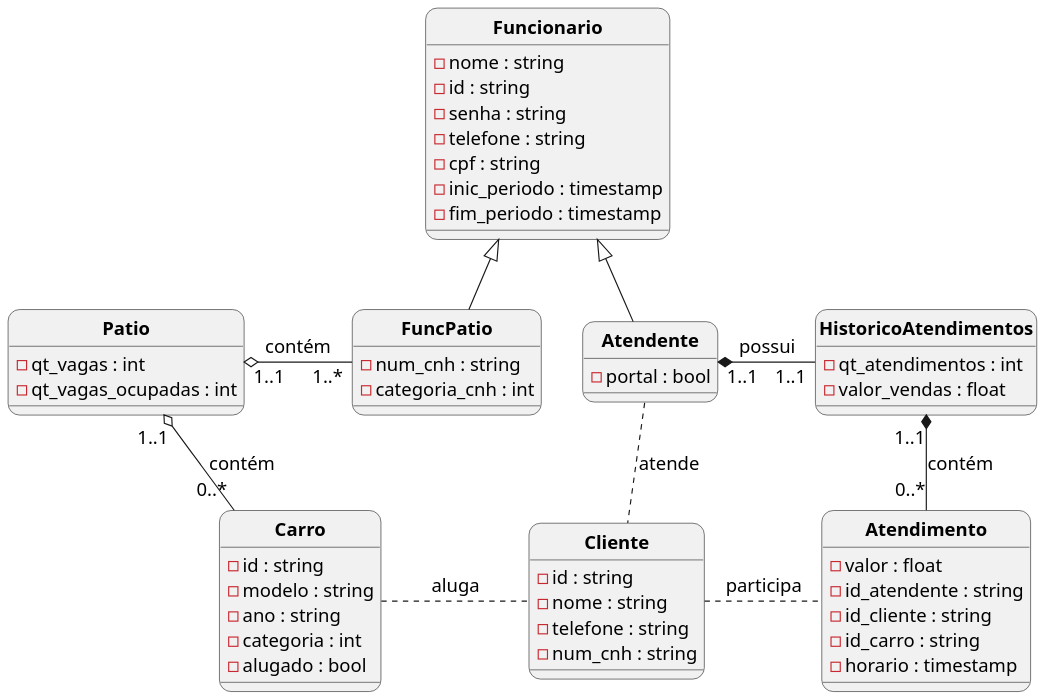
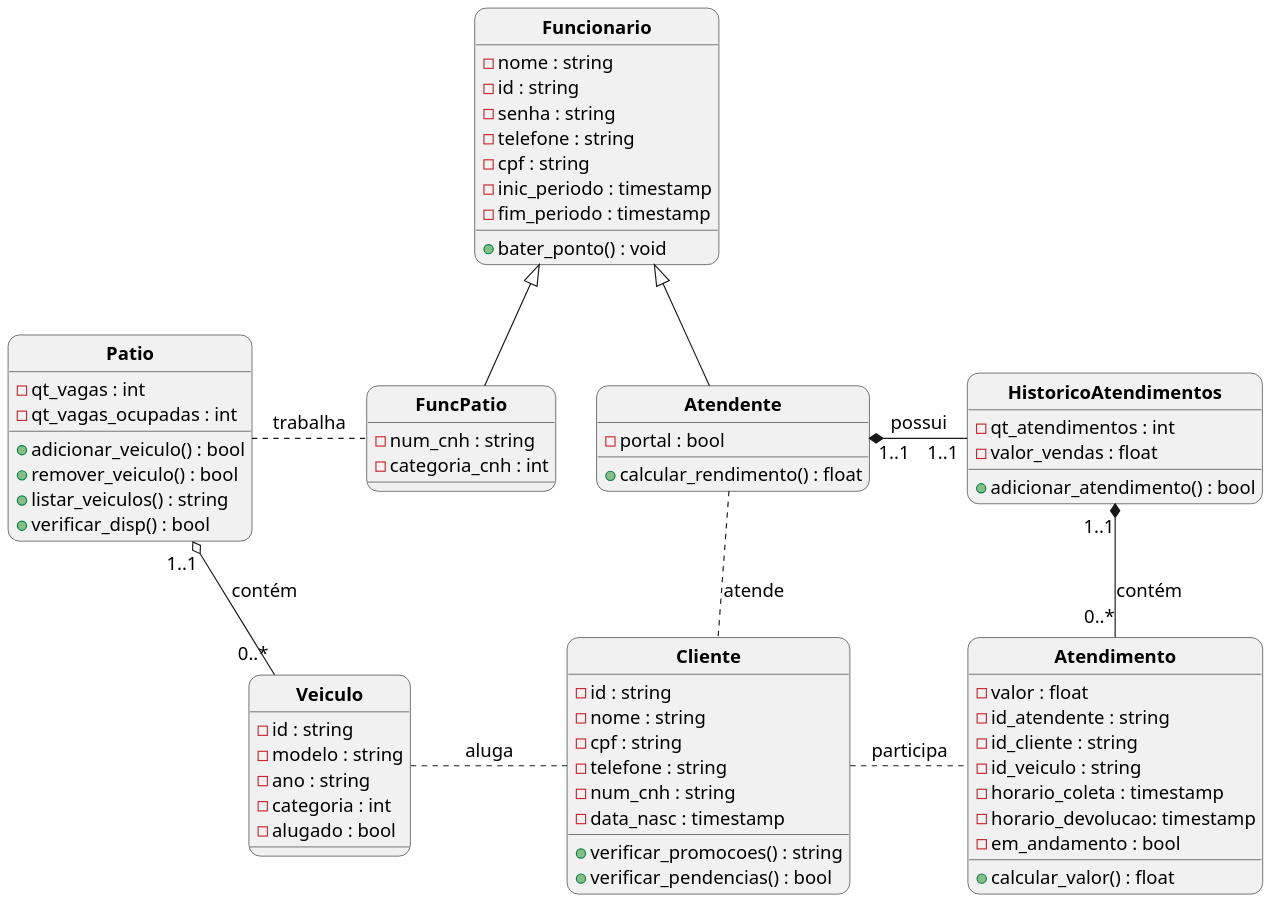
Before and after one commit to sociedade-do-pastel/vl: the diagram in class-diagram.org, drawn with PlantUML. The commit also changed 1 other file, not shown here.

Commit message:
Adicionados métodos no diagrama de classes

```diff
--- a/class-diagram.org
+++ b/class-diagram.org
@@ -23,7 +23,7 @@
   hide circle
 
   class "**Cliente**" as Cliente
-  class "**Carro**" as Carro
+  class "**Veiculo**" as Veiculo
   class "**Patio**" as Patio
   class "**Funcionario**" as Funcionario
   class "**Atendente**" as Atendente
@@ -34,10 +34,14 @@
   class Cliente {
         -id : string
         -nome : string
+        -cpf : string
         -telefone : string
         -num_cnh : string
+        -data_nasc : timestamp
+        +verificar_promocoes() : string
+        +verificar_pendencias() : bool
   }
-  class Carro {
+  class Veiculo {
         -id : string
         -modelo : string
         -ano : string
@@ -47,6 +51,10 @@
   class Patio {
         -qt_vagas : int
         -qt_vagas_ocupadas : int
+        +adicionar_veiculo() : bool
+        +remover_veiculo() : bool
+        +listar_veiculos() : string
+        +verificar_disp() : bool
   }
   class Funcionario {
         -nome : string
@@ -56,9 +64,11 @@
         -cpf : string
         -inic_periodo : timestamp
         -fim_periodo : timestamp
+        +bater_ponto() : void
   }
   class Atendente {
         -portal : bool
+        +calcular_rendimento() : float
   }
   class FuncPatio {
         -num_cnh : string
@@ -67,22 +77,26 @@
   class HistoricoAtendimentos {
         -qt_atendimentos : int
         -valor_vendas : float
+        +adicionar_atendimento() : bool
   }
   class Atendimento {
         -valor : float
         -id_atendente : string
         -id_cliente : string
-        -id_carro : string 
-        -horario : timestamp
+        -id_veiculo : string 
+        -horario_coleta : timestamp
+        -horario_devolucao: timestamp
+        -em_andamento : bool
+        +calcular_valor() : float
   }
 
-  Patio "1..1" o-down- "0..*" Carro : contém
-  Patio "1..1" o-right- "1..*" FuncPatio : contém
+  Patio "1..1" o-down- "0..*" Veiculo : contém
+  Patio .right. FuncPatio : trabalha
   Funcionario <|-- Atendente
   Funcionario <|-- FuncPatio
   Atendente .. Cliente : atende
   Cliente .right. Atendimento : participa
-  Carro .right. Cliente : aluga
+  Veiculo .right. Cliente : aluga
   Atendente "1..1" *-right- "1..1" HistoricoAtendimentos : possui
   HistoricoAtendimentos "1..1" *-down- "0..*" Atendimento : contém
 #+end_src
```
